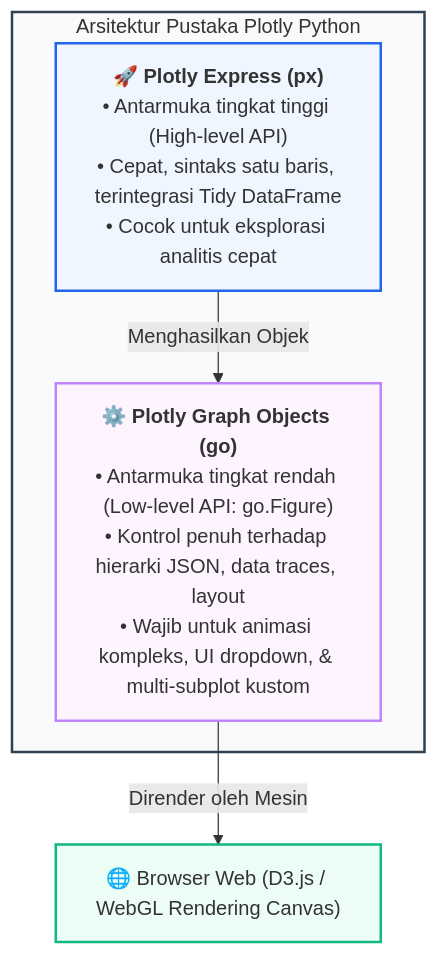
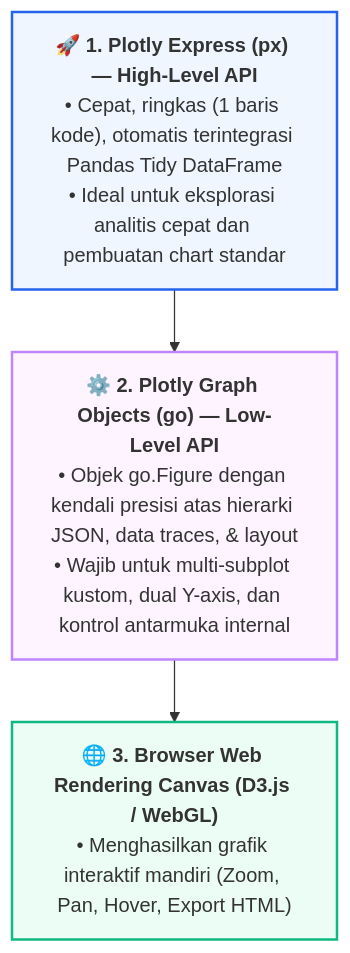
One commit to mahendaruui/Perkuliahan changed the diagram in docs/visualisasi-data/09-visualisasi-interaktif-plotly.md. Above: the diagram before and after it, drawn with Mermaid. The commit also changed 15 other files, not shown here.

Commit message:
refactor: update and standardize mermaid diagrams across all documentation modules

````diff
--- a/docs/visualisasi-data/09-visualisasi-interaktif-plotly.md
+++ b/docs/visualisasi-data/09-visualisasi-interaktif-plotly.md
@@ -17,16 +17,10 @@
 ```mermaid
 flowchart TD
-    subgraph PlotlyStructure["Arsitektur Pustaka Plotly Python"]
-        PX["🚀 <b>Plotly Express (px)</b><br>• Antarmuka tingkat tinggi (High-level API)<br>• Cepat, sintaks satu baris, terintegrasi Tidy DataFrame<br>• Cocok untuk eksplorasi analitis cepat"]
-        
-        GO["⚙️ <b>Plotly Graph Objects (go)</b><br>• Antarmuka tingkat rendah (Low-level API: go.Figure)<br>• Kontrol penuh terhadap hierarki JSON, data traces, layout<br>• Wajib untuk animasi kompleks, UI dropdown, & multi-subplot kustom"]
-    end
+    PX["🚀 <b>1. Plotly Express (px) — High-Level API</b><br>• Cepat, ringkas (1 baris kode), otomatis terintegrasi Pandas Tidy DataFrame<br>• Ideal untuk eksplorasi analitis cepat dan pembuatan chart standar"]
+    --> GO["⚙️ <b>2. Plotly Graph Objects (go) — Low-Level API</b><br>• Objek go.Figure dengan kendali presisi atas hierarki JSON, data traces, & layout<br>• Wajib untuk multi-subplot kustom, dual Y-axis, dan kontrol antarmuka internal"]
+    --> WebBrowser["🌐 <b>3. Browser Web Rendering Canvas (D3.js / WebGL)</b><br>• Menghasilkan grafik interaktif mandiri (Zoom, Pan, Hover, Export HTML)"]
 
-    PX -->|"Menghasilkan Objek"| GO
-    GO -->|"Dirender oleh Mesin"| WebBrowser["🌐 Browser Web (D3.js / WebGL Rendering Canvas)"]
-
-    style PlotlyStructure fill:#f8fafc,stroke:#334155,stroke-width:2px
     style PX fill:#eff6ff,stroke:#2563eb,stroke-width:2px
     style GO fill:#fdf4ff,stroke:#c084fc,stroke-width:2px
     style WebBrowser fill:#ecfdf5,stroke:#10b981,stroke-width:2px
 ```
````
